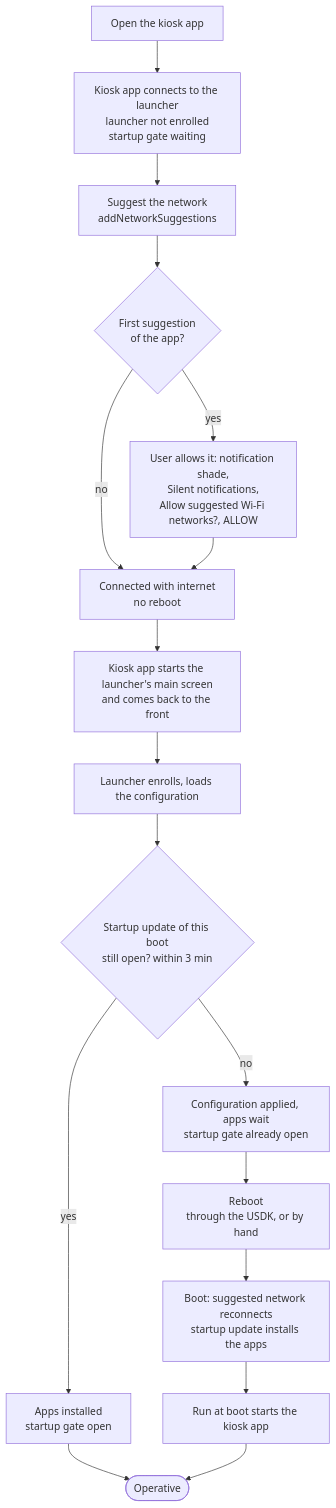
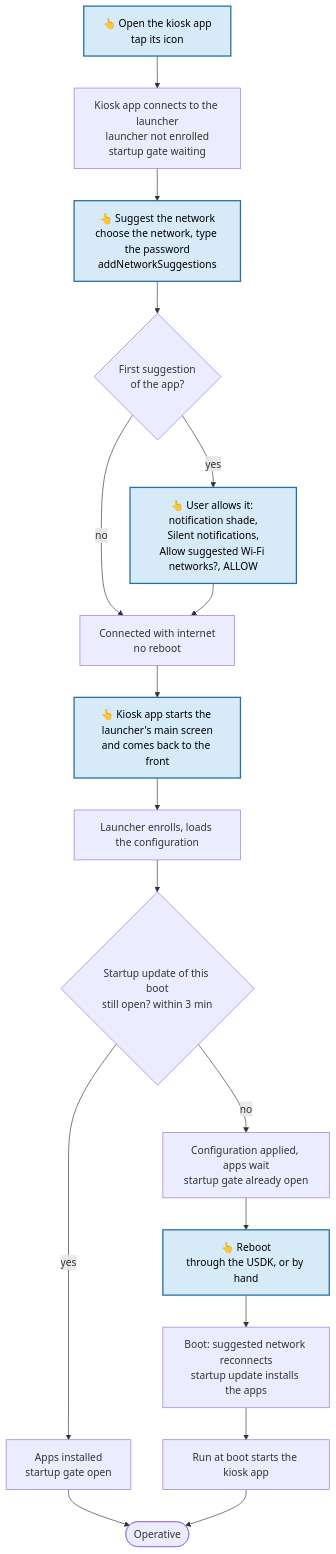
One commit to rch-fw/HmdmChangeDeviceNumber changed the fourth of 4 diagrams in docs/wifi-setup.md. Above: the diagram before and after it, drawn with Mermaid. The commit also changed other lines of this file, not shown here.

Commit message:
Docs: highlight in blue the user interaction steps of the WiFi setup procedures

````diff
--- a/docs/wifi-setup.md
+++ b/docs/wifi-setup.md
@@ -229,19 +235,21 @@
 ```mermaid
 flowchart TD
-    A[Open the kiosk app] --> B[Kiosk app connects to the launcher<br/>launcher not enrolled<br/>startup gate waiting]
-    B --> C[Suggest the network<br/>addNetworkSuggestions]
+    A[👆 Open the kiosk app<br/>tap its icon] --> B[Kiosk app connects to the launcher<br/>launcher not enrolled<br/>startup gate waiting]
+    B --> C[👆 Suggest the network<br/>choose the network, type the password<br/>addNetworkSuggestions]
     C --> D{First suggestion<br/>of the app?}
-    D -- yes --> E[User allows it: notification shade,<br/>Silent notifications,<br/>Allow suggested Wi-Fi networks?, ALLOW]
+    D -- yes --> E[👆 User allows it: notification shade,<br/>Silent notifications,<br/>Allow suggested Wi-Fi networks?, ALLOW]
     D -- no --> F
     E --> F[Connected with internet<br/>no reboot]
-    F --> G[Kiosk app starts the launcher's main screen<br/>and comes back to the front]
+    F --> G[👆 Kiosk app starts the launcher's main screen<br/>and comes back to the front]
     G --> H[Launcher enrolls, loads the configuration]
     H --> I{Startup update of this boot<br/>still open? within 3 min}
     I -- yes --> J[Apps installed<br/>startup gate open]
     J --> P([Operative])
     I -- no --> L[Configuration applied, apps wait<br/>startup gate already open]
-    L --> M[Reboot<br/>through the USDK, or by hand]
+    L --> M[👆 Reboot<br/>through the USDK, or by hand]
     M --> N[Boot: suggested network reconnects<br/>startup update installs the apps]
     N --> O[Run at boot starts the kiosk app]
     O --> P
+    classDef user fill:#d6eaf8,stroke:#2471a3,stroke-width:2px,color:#000
+    class A,C,E,G,M user
 ```
````
